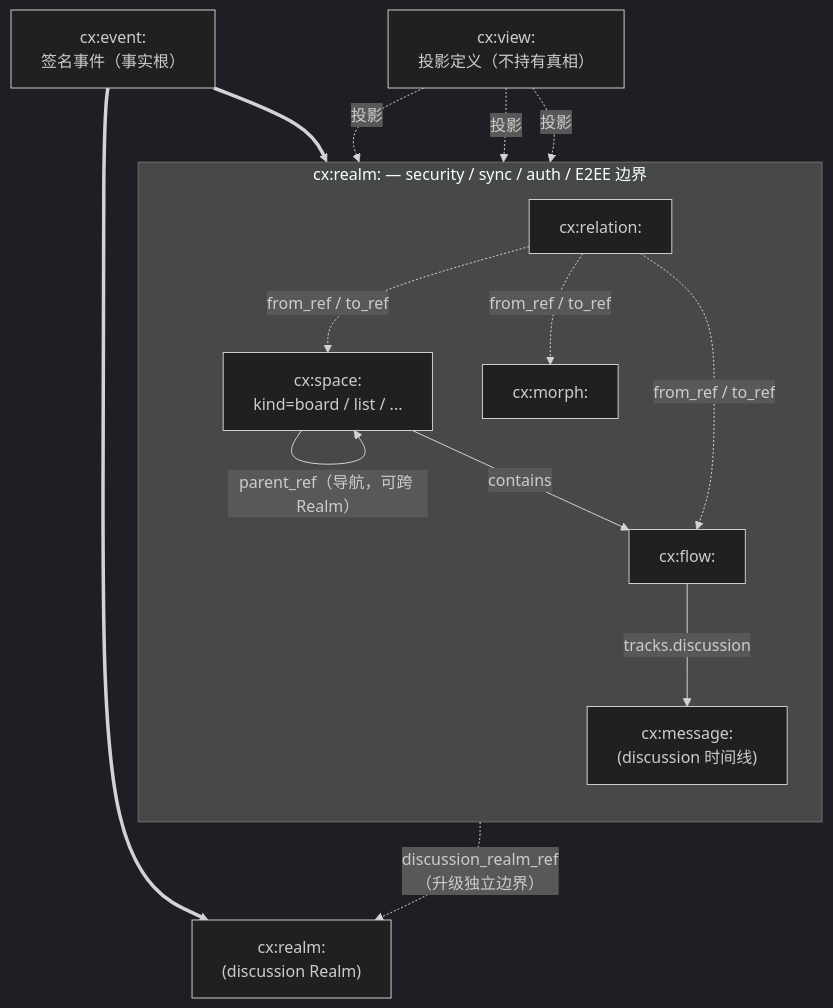
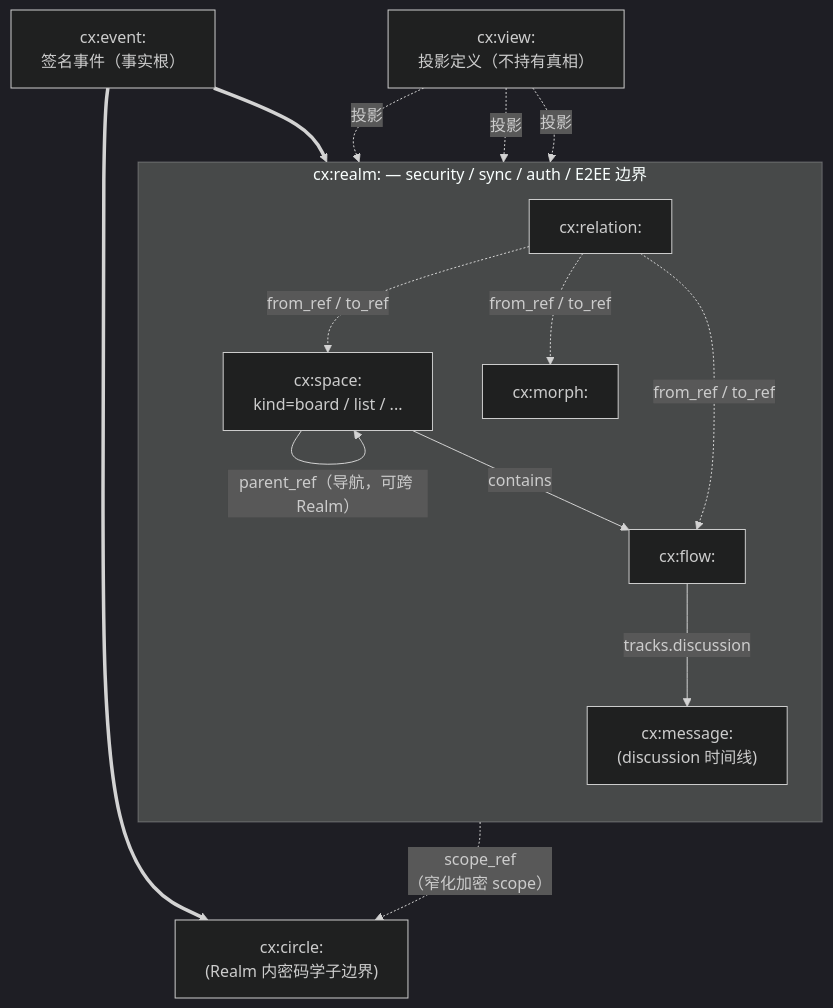
The diagram in spec/v1/zh/models/overview.md (arkret-org/arkret-spec), drawn with Mermaid (dark theme) before and after one commit. The commit also changed other lines of this file and 45 other files, not shown here.

````diff
--- a/spec/v1/zh/models/overview.md
+++ b/spec/v1/zh/models/overview.md
@@ -76,31 +76,31 @@
 ```mermaid
 flowchart TB
     Event["cx:event:<br/>签名事件（事实根）"]
 
     subgraph SP ["cx:realm: — security / sync / auth / E2EE 边界"]
         direction TB
         Space["cx:space:<br/>kind=board / list / ..."]
         Flow["cx:flow:"]
         Morph["cx:morph:"]
         Msg["cx:message:<br/>(discussion 时间线)"]
         Rel["cx:relation:"]
 
         Space -- "contains" --> Flow
         Space -- "parent_ref（导航，可跨 Realm）" --> Space
         Flow -- "tracks.discussion" --> Msg
         Rel -. "from_ref / to_ref" .-> Flow
         Rel -. "from_ref / to_ref" .-> Morph
         Rel -. "from_ref / to_ref" .-> Space
     end
 
-    DiscussionRealm["cx:realm:<br/>(discussion Realm)"]
-    Flow -. "discussion_realm_ref<br/>（升级独立边界）" .-> DiscussionRealm
+    Circle["cx:circle:<br/>(Realm 内密码学子边界)"]
+    Flow -. "scope_ref<br/>（窄化加密 scope）" .-> Circle
 
     View["cx:view:<br/>投影定义（不持有真相）"]
     View -. "投影" .-> Flow
     View -. "投影" .-> Space
     View -. "投影" .-> Msg
 
     Event ==> SP
-    Event ==> DiscussionRealm
+    Event ==> Circle
 ```
````
